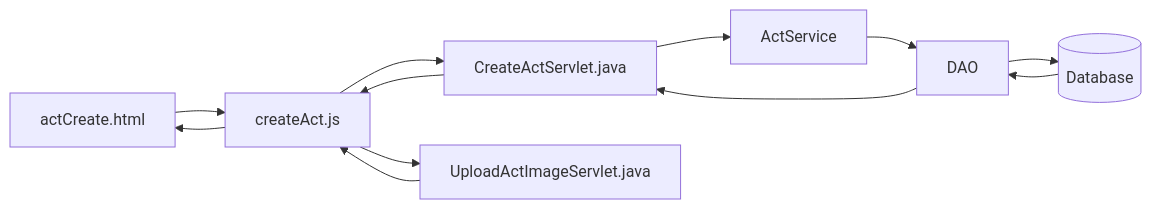
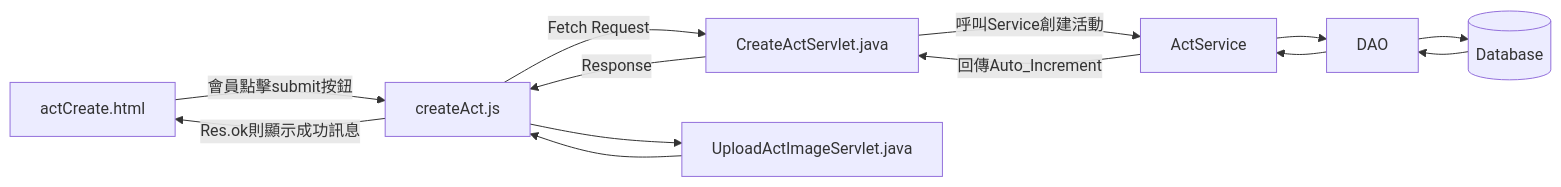
The second of 11 diagrams in README.md (TLexYuW/CGA103G1OwnPart), drawn with Mermaid before and after one commit.

Commit message:
LexVaultBackup: 2022-09-11 21:53:52
Affected files:
README.md

````diff
--- a/README.md
+++ b/README.md
@@ -62,7 +62,7 @@
 ```mermaid
 flowchart LR
-	aC[actCreate.html] --> cA[createAct.js] --> CAS[CreateActServlet.java] --> AS[ActService] --> DAO --> DB[(Database)]
-	DB --> DAO --> CAS --> cA --> aC
+	aC[actCreate.html] -->|會員點擊submit按鈕| cA[createAct.js] -->|Fetch Request| CAS[CreateActServlet.java] -->|呼叫Service創建活動| AS[ActService] --> DAO --> DB[(Database)]
+	DB --> DAO --> AS -->|回傳Auto_Increment| CAS -->|Response| cA -->|Res.ok則顯示成功訊息| aC
 	cA --> UAIS[UploadActImageServlet.java]
 	UAIS --> cA
 ```
````
